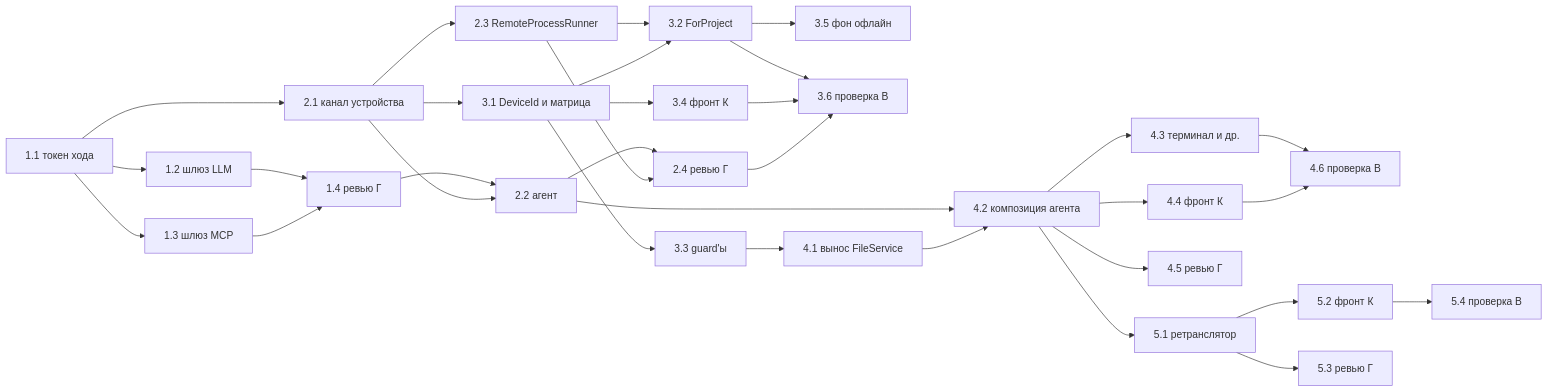
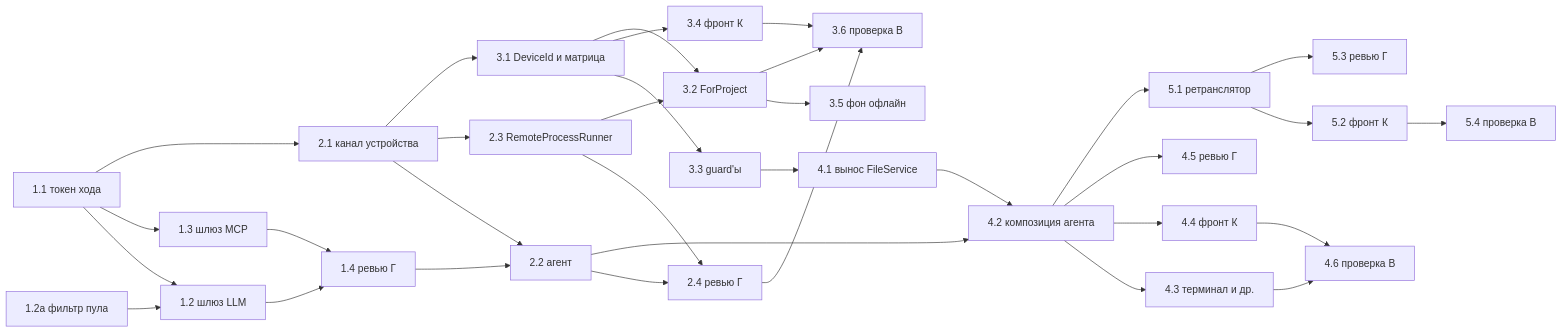
Before and after one commit to naychenko2/ClaudeCodeServer: the diagram in docs/research/local-projects-plan-2026-09.md, drawn with Mermaid. The commit also changed other lines of this file, not shown here.

````diff
--- a/docs/research/local-projects-plan-2026-09.md
+++ b/docs/research/local-projects-plan-2026-09.md
@@ -360,34 +397,35 @@
 ```mermaid
 flowchart LR
   T11["1.1 токен хода"] --> T12["1.2 шлюз LLM"]
+  T12a["1.2а фильтр пула"] --> T12
   T11 --> T13["1.3 шлюз MCP"]
   T12 --> T14["1.4 ревью Г"]
   T13 --> T14
   T11 --> T21["2.1 канал устройства"]
   T14 --> T22["2.2 агент"]
   T21 --> T22
   T21 --> T23["2.3 RemoteProcessRunner"]
   T22 --> T24["2.4 ревью Г"]
   T23 --> T24
   T21 --> T31["3.1 DeviceId и матрица"]
   T31 --> T33["3.3 guard'ы"]
   T31 --> T34["3.4 фронт К"]
   T23 --> T32["3.2 ForProject"]
   T31 --> T32
   T32 --> T35["3.5 фон офлайн"]
   T32 --> T36["3.6 проверка В"]
   T34 --> T36
   T24 --> T36
   T33 --> T41["4.1 вынос FileService"]
   T22 --> T42["4.2 композиция агента"]
   T41 --> T42
   T42 --> T43["4.3 терминал и др."]
   T42 --> T44["4.4 фронт К"]
   T42 --> T45["4.5 ревью Г"]
   T43 --> T46["4.6 проверка В"]
   T44 --> T46
   T42 --> T51["5.1 ретранслятор"]
   T51 --> T52["5.2 фронт К"]
   T51 --> T53["5.3 ревью Г"]
   T52 --> T54["5.4 проверка В"]
 ```
````
